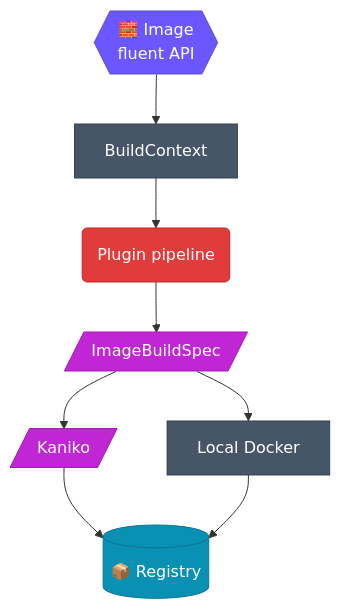
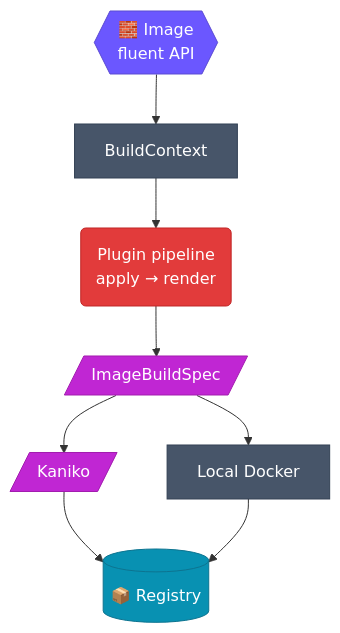
Before and after one commit to JetBrains-Research/idegym: the diagram in website/docs/architecture/image-builder.md, drawn with Mermaid. The commit also changed 5 other files, not shown here.

First line of the commit message:
[JBRes-9938] diagrams: restore trimmed labels + convert plugins ASCII to mermaid

````diff
--- a/website/docs/architecture/image-builder.md
+++ b/website/docs/architecture/image-builder.md
@@ -16,27 +16,27 @@
 ```mermaid
 flowchart TB
     img{{"🧱 Image<br/>fluent API"}}:::ctrl
     ctx["BuildContext"]:::infra
-    plugins("Plugin pipeline"):::tool
+    plugins("Plugin pipeline<br/>apply → render"):::tool
     spec[/"ImageBuildSpec"/]:::build
     kaniko[/"Kaniko"/]:::build
     docker["Local Docker"]:::infra
     reg[("📦 Registry")]:::store
 
     img --> ctx --> plugins --> spec
     spec --> kaniko --> reg
     spec --> docker --> reg
 
     classDef ctrl fill:#6b57ff,stroke:#5b4bd2,color:#fff;
     classDef infra fill:#475569,stroke:#334155,color:#fff;
     classDef tool fill:#e23b3b,stroke:#c02626,color:#fff;
     classDef build fill:#c026d3,stroke:#a21caf,color:#fff;
     classDef store fill:#0891b2,stroke:#0e7490,color:#fff;
 
     click img "https://github.com/JetBrains-Research/idegym/blob/main/image-builder/src/idegym/image/builder.py" "Image fluent API source"
     click plugins "https://github.com/JetBrains-Research/idegym/blob/main/plugins/defaults/src/idegym/plugins/defaults/image.py" "Built-in image plugins source"
     click ctx "https://github.com/JetBrains-Research/idegym/blob/main/api/src/idegym/api/plugin.py" "BuildContext source"
     click spec "https://github.com/JetBrains-Research/idegym/blob/main/api/src/idegym/api/image_build.py" "ImageBuildSpec source"
     click docker "https://github.com/JetBrains-Research/idegym/blob/main/image-builder/src/idegym/image/docker_api.py" "Docker build source"
     click kaniko "https://github.com/JetBrains-Research/idegym/blob/main/backend-utils/src/idegym/backend/utils/kubernetes_client.py" "Kaniko submit source"
 ```
````
